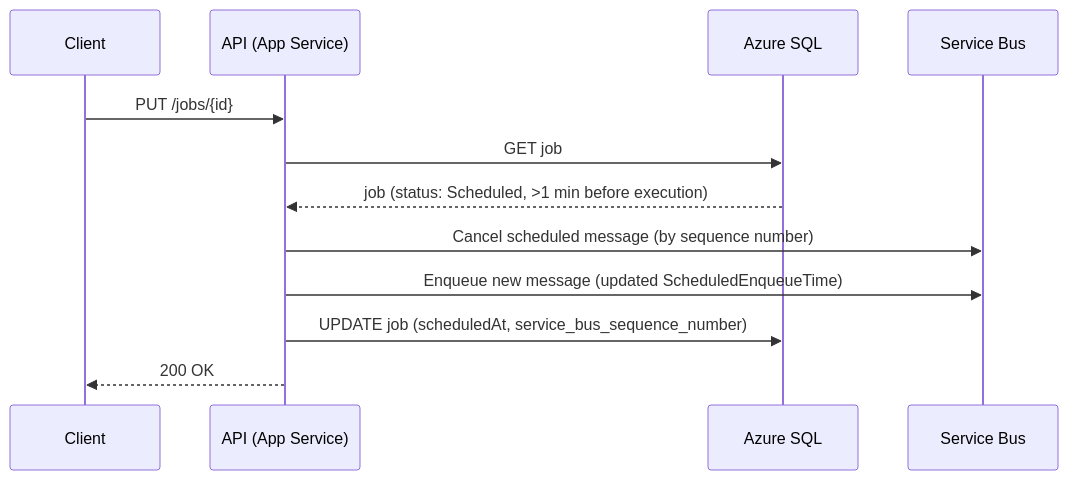
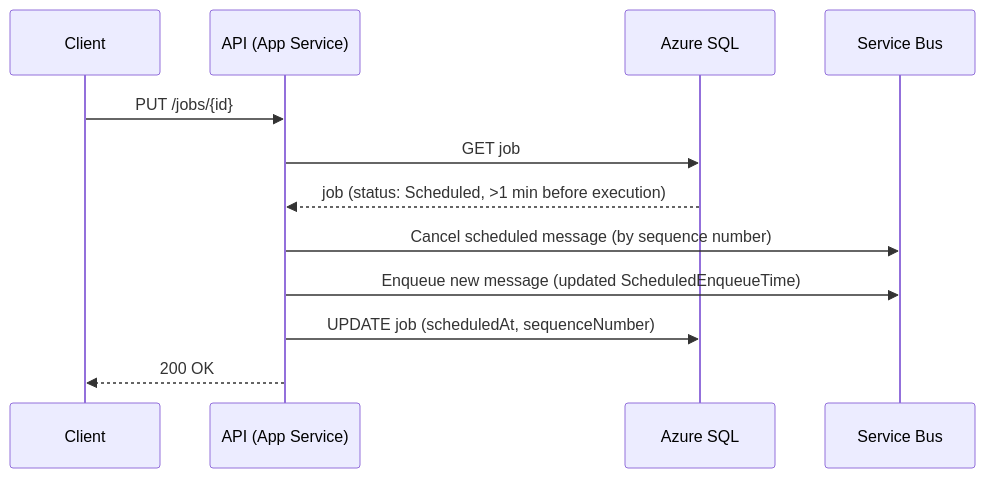
The third of 6 diagrams in Docs/sequence-diagrams.md (VictorK1902/Dispatch), drawn with Mermaid before and after one commit. The commit also changed other lines of this file and 3 other files, not shown here.

Commit message:
Added architecture-diagram.md and README.md file; other docs clean up

````diff
--- a/Docs/sequence-diagrams.md
+++ b/Docs/sequence-diagrams.md
@@ -53,15 +53,15 @@
 ```mermaid
 sequenceDiagram
     participant Client
     participant API as API (App Service)
     participant SQL as Azure SQL
     participant SB as Service Bus
 
     Client->>API: PUT /jobs/{id}
     API->>SQL: GET job
     SQL-->>API: job (status: Scheduled, >1 min before execution)
     API->>SB: Cancel scheduled message (by sequence number)
     API->>SB: Enqueue new message (updated ScheduledEnqueueTime)
-    API->>SQL: UPDATE job (scheduledAt, service_bus_sequence_number)
+    API->>SQL: UPDATE job (scheduledAt, sequenceNumber)
     API-->>Client: 200 OK
 ```
````
